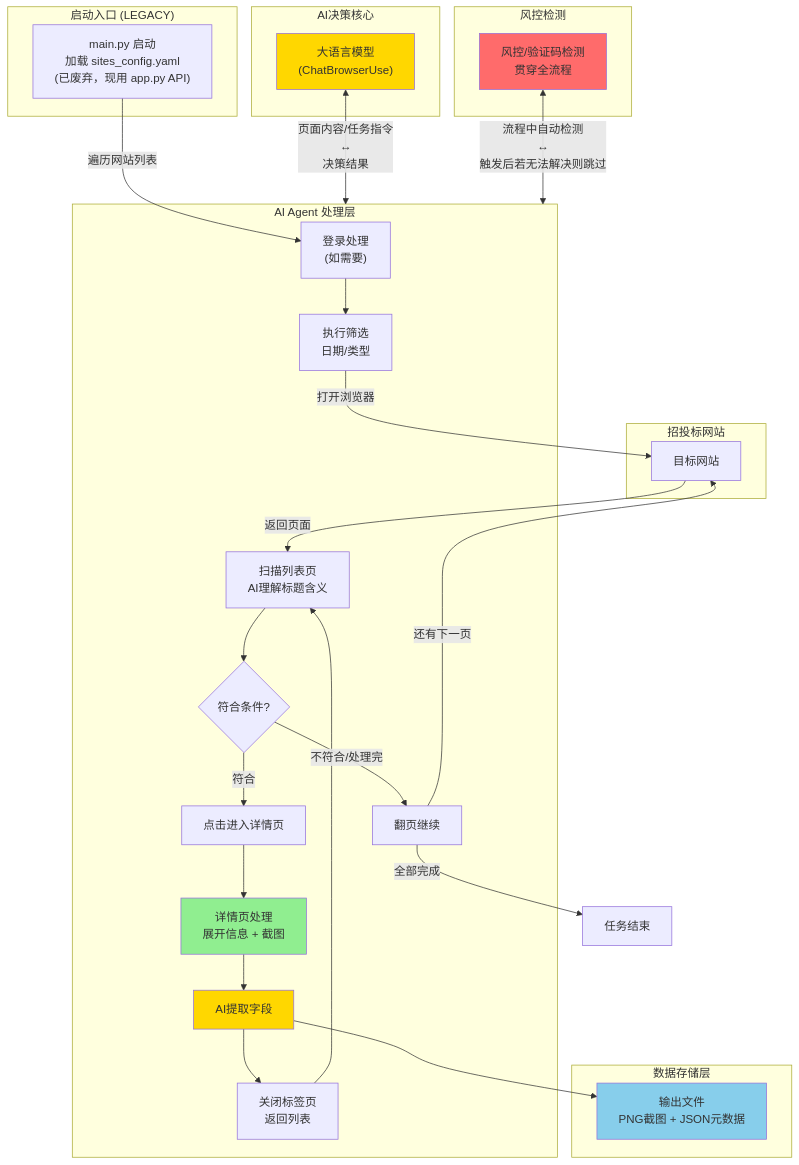
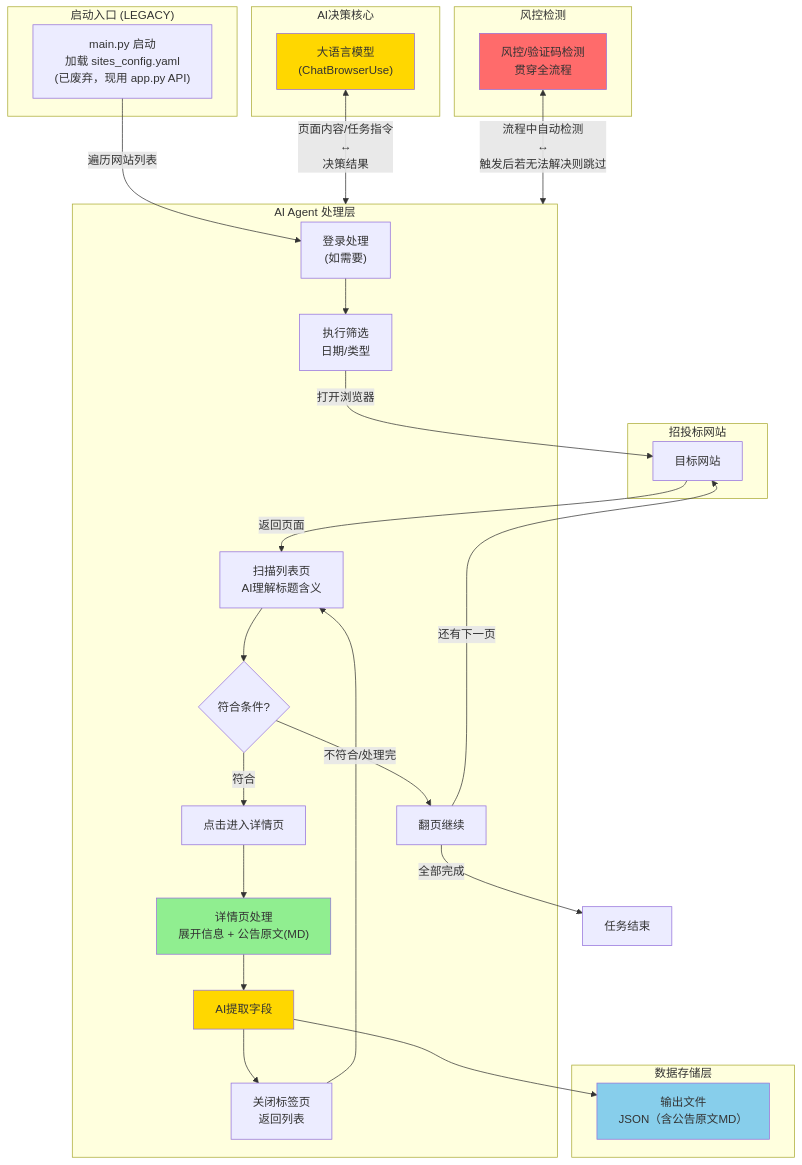
The diagram in docs/二期项目流程图.mmd (tlxx22/shangjijiance), drawn with Mermaid before and after one commit. The commit also changed 19 other files, not shown here.

```diff
--- a/docs/二期项目流程图.mmd
+++ b/docs/二期项目流程图.mmd
@@ -1,71 +1,71 @@
 %% ============================================
 %% ⚠️ 历史文档：本图描述的是 CLI 批量处理架构
 %% 已被 SSE HTTP API 架构取代（app.py 入口）
 %% 保留仅供参考
 %% ============================================
 %% 二期项目完整数据流转图 (AI Agent架构)
 %% ============================================
 flowchart TB
     subgraph 入口["启动入口 (LEGACY)"]
         START["main.py 启动<br/>加载 sites_config.yaml<br/>(已废弃，现用 app.py API)"]
     end
 
     subgraph 网站["招投标网站"]
         WEB["目标网站"]
     end
 
     subgraph LLM层["AI决策核心"]
         LLM["大语言模型<br/>(ChatBrowserUse)"]
     end
 
     subgraph 风控层["风控检测"]
         RISK["风控/验证码检测<br/>贯穿全流程"]
     end
 
     subgraph Agent["AI Agent 处理层"]
         LOGIN["登录处理<br/>(如需要)"]
         FILTER["执行筛选<br/>日期/类型"]
         SCAN["扫描列表页<br/>AI理解标题含义"]
         DECIDE{"符合条件?"}
         CLICK["点击进入详情页"]
-        DETAIL["详情页处理<br/>展开信息 + 截图"]
+        DETAIL["详情页处理<br/>展开信息 + 公告原文(MD)"]
         EXTRACT["AI提取字段"]
         BACK["关闭标签页<br/>返回列表"]
         NEXT["翻页继续"]
     end
 
     subgraph 存储["数据存储层"]
-        OUTPUT["输出文件<br/>PNG截图 + JSON元数据"]
+        OUTPUT["输出文件<br/>JSON（含公告原文MD）"]
     end
 
     %% 主流程
     START -->|"遍历网站列表"| LOGIN
     LOGIN --> FILTER
     FILTER -->|"打开浏览器"| WEB
     WEB -->|"返回页面"| SCAN
 
     SCAN --> DECIDE
     DECIDE -->|"符合"| CLICK
     DECIDE -->|"不符合/处理完"| NEXT
 
     CLICK --> DETAIL
     DETAIL --> EXTRACT
     EXTRACT --> OUTPUT
     EXTRACT --> BACK
     BACK --> SCAN
 
     NEXT -->|"还有下一页"| WEB
     NEXT -->|"全部完成"| END["任务结束"]
 
     %% LLM双向连接Agent层
     LLM <-->|"页面内容/任务指令<br/>↔<br/>决策结果"| Agent
 
     %% 风控双向连接Agent层
     RISK <-->|"流程中自动检测<br/>↔<br/>触发后若无法解决则跳过"| Agent
 
     %% 样式
     style LLM fill:#FFD700
     style RISK fill:#FF6B6B
     style EXTRACT fill:#FFD700
     style DETAIL fill:#90EE90
     style OUTPUT fill:#87CEEB
```
